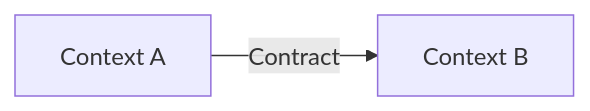
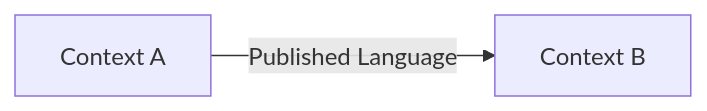
The diagram in skills/bmad-domain-workflow/templates/domain-design-template.md (sheldon66/skills), drawn with Mermaid before and after one commit. The commit also changed other lines of this file, not shown here.

````diff
--- a/skills/bmad-domain-workflow/templates/domain-design-template.md
+++ b/skills/bmad-domain-workflow/templates/domain-design-template.md
@@ -37,4 +45,4 @@
 ```mermaid
 flowchart LR
-  A[Context A] -->|Contract| B[Context B]
+  A[Context A] -->|Published Language| B[Context B]
 ```
````
